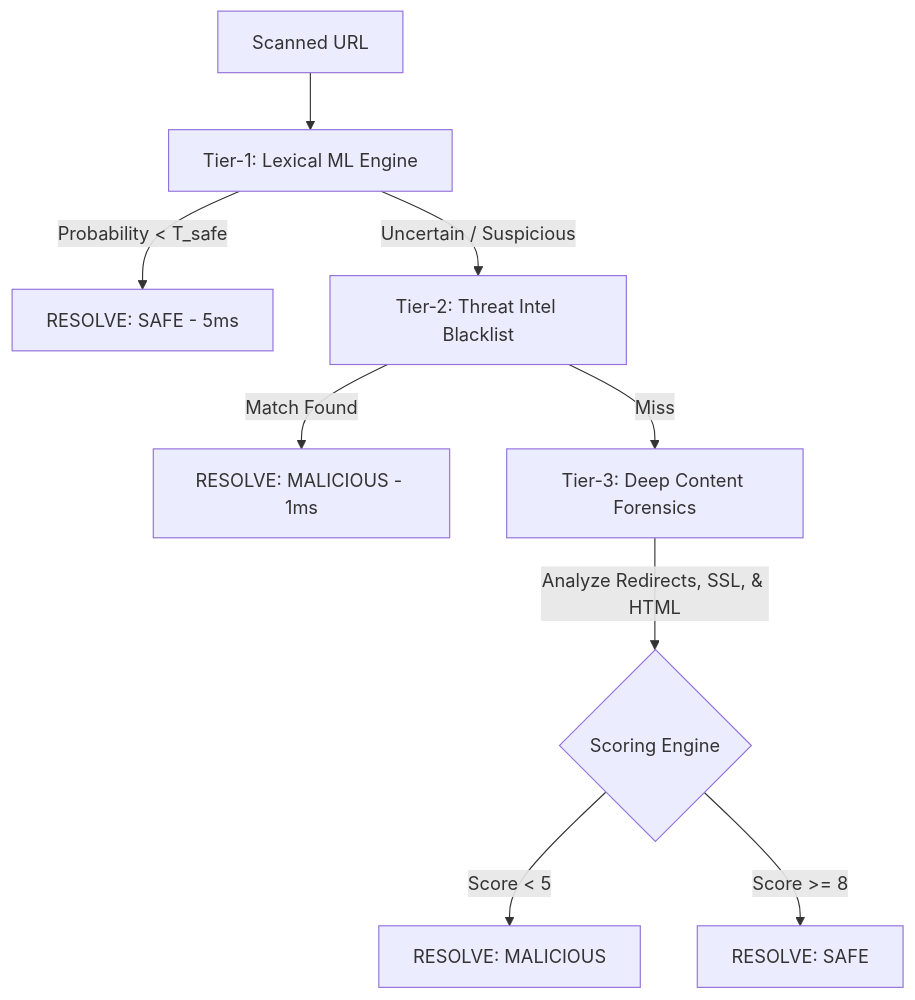
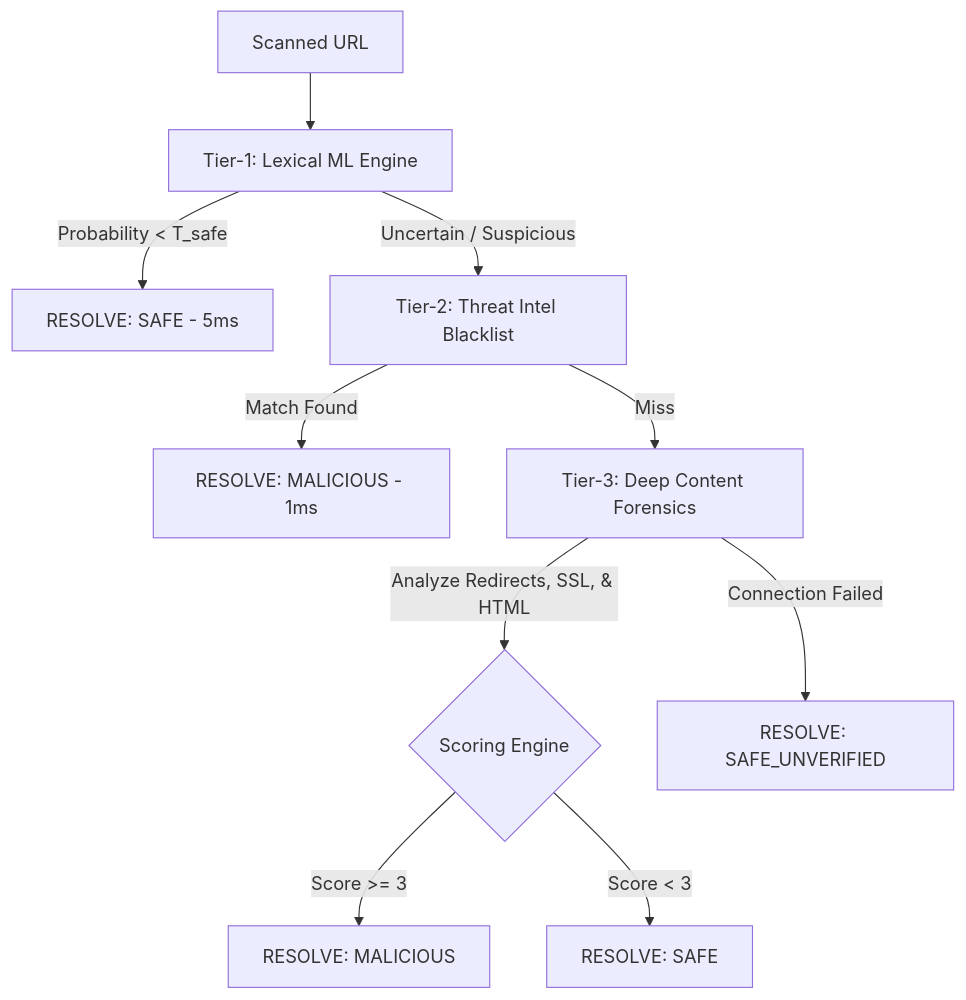
One commit to Sahildevkar789/Real-Time-QR-Embedded-URL-Phishing-Detection changed the diagram in README.md. Above: the diagram before and after it, drawn with Mermaid. The commit also changed other lines of this file, not shown here.

````diff
--- a/README.md
+++ b/README.md
@@ -16,11 +35,12 @@
 ```mermaid
 graph TD
     A[Scanned URL] --> B[Tier-1: Lexical ML Engine]
     B -->|Probability < T_safe| C[RESOLVE: SAFE - 5ms]
     B -->|Uncertain / Suspicious| D[Tier-2: Threat Intel Blacklist]
     D -->|Match Found| E[RESOLVE: MALICIOUS - 1ms]
     D -->|Miss| F[Tier-3: Deep Content Forensics]
     F -->|Analyze Redirects, SSL, & HTML| G{Scoring Engine}
-    G -->|Score < 5| H[RESOLVE: MALICIOUS]
-    G -->|Score >= 8| I[RESOLVE: SAFE]
+    G -->|Score >= 3| H[RESOLVE: MALICIOUS]
+    G -->|Score < 3| I[RESOLVE: SAFE]
+    F -->|Connection Failed| J[RESOLVE: SAFE_UNVERIFIED]
 ```
````
